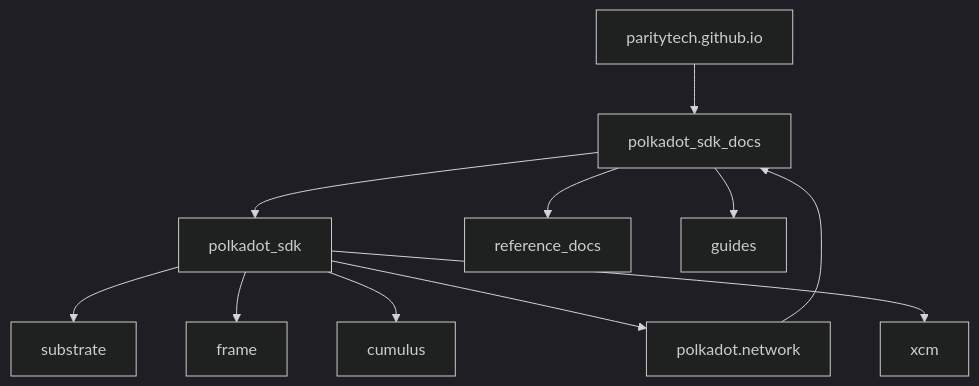
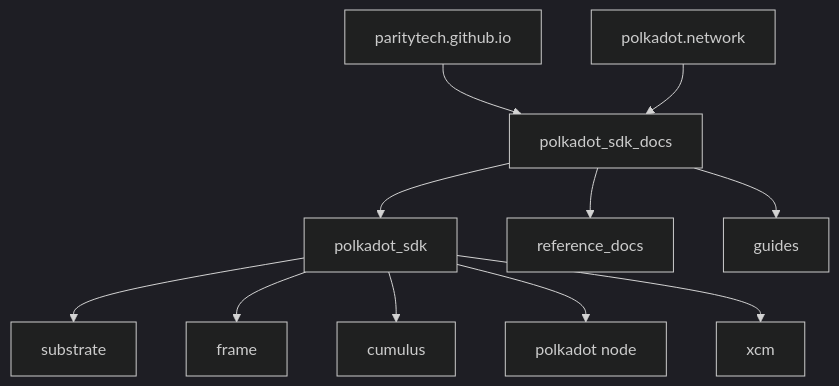
One commit to paritytech/polkadot-sdk changed the diagram in docs/mermaid/IA.mmd. Above: the diagram before and after it, drawn with Mermaid (dark theme). The commit also changed 19 other files, not shown here.

```diff
--- a/docs/mermaid/IA.mmd
+++ b/docs/mermaid/IA.mmd
@@ -1,13 +1,13 @@
 flowchart
     parity[paritytech.github.io] --> devhub[polkadot_sdk_docs]
-	polkadot[polkadot.network] --> devhub[polkadot_sdk_docs]
+	polkadot_network[polkadot.network] --> devhub[polkadot_sdk_docs]
 
     devhub --> polkadot_sdk
     devhub --> reference_docs
     devhub --> guides
 
     polkadot_sdk --> substrate
     polkadot_sdk --> frame
     polkadot_sdk --> cumulus
-    polkadot_sdk --> polkadot
+    polkadot_sdk --> polkadot[polkadot node]
     polkadot_sdk --> xcm
```
